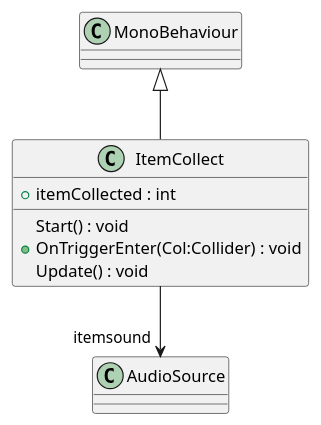
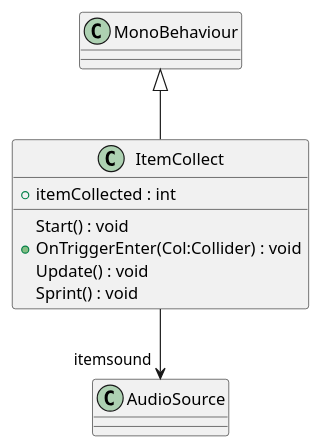
One commit to jimmy12613/GameDesignAndDevelopemt changed the diagram in UML/Assets/Scripts/ItemCollect.puml. Above: the diagram before and after it, drawn with PlantUML. The commit also changed 4 other files, not shown here.

Commit message:
Generate UML (Generate UML)

```diff
--- a/UML/Assets/Scripts/ItemCollect.puml
+++ b/UML/Assets/Scripts/ItemCollect.puml
@@ -1,10 +1,11 @@
 @startuml
 class ItemCollect {
     + itemCollected : int
     Start() : void
     + OnTriggerEnter(Col:Collider) : void
     Update() : void
+    Sprint() : void
 }
 MonoBehaviour <|-- ItemCollect
 ItemCollect --> "itemsound" AudioSource
 @enduml
```
